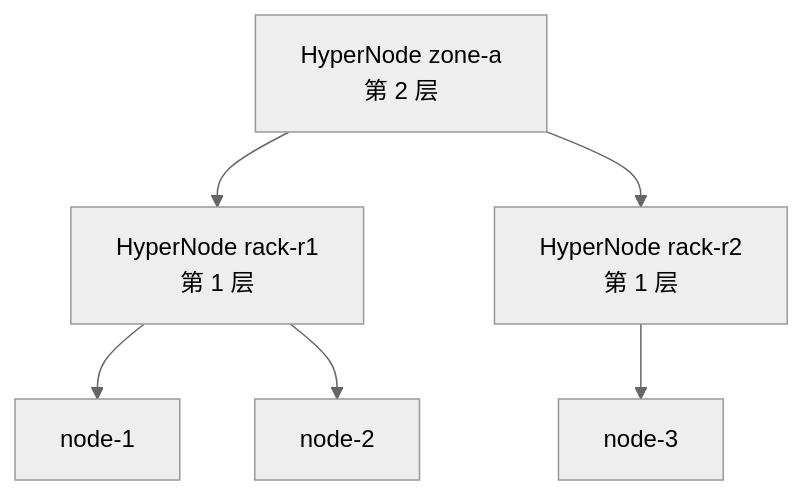
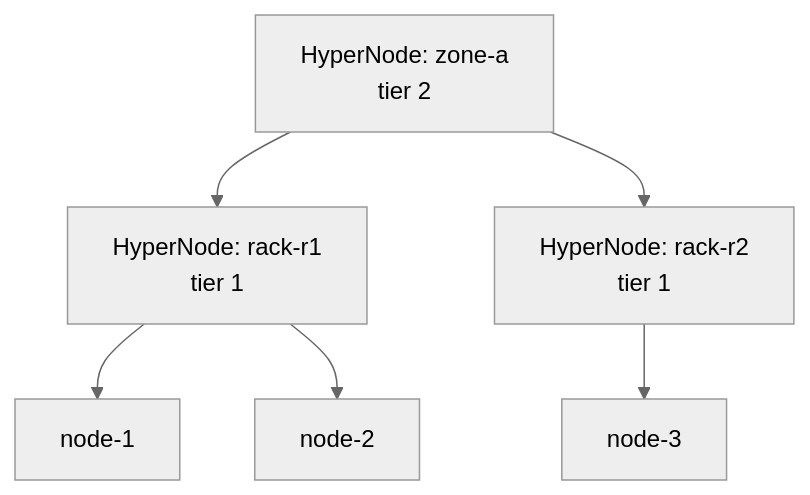
Before and after one commit to JesseStutler/volcano: the seventh of 11 diagrams in docs/research/k8s-workload-aware-scheduling-vs-volcano-cn.md, drawn with Mermaid (neutral theme). The commit also changed other lines of this file and 1 other file, not shown here.

````diff
--- a/docs/research/k8s-workload-aware-scheduling-vs-volcano-cn.md
+++ b/docs/research/k8s-workload-aware-scheduling-vs-volcano-cn.md
@@ -425,14 +346,14 @@
 ```mermaid
 flowchart TD
-    H2["HyperNode zone-a<br/>第 2 层"]
-    H11["HyperNode rack-r1<br/>第 1 层"]
-    H12["HyperNode rack-r2<br/>第 1 层"]
+    H2["HyperNode: zone-a<br/>tier 2"]
+    H11["HyperNode: rack-r1<br/>tier 1"]
+    H12["HyperNode: rack-r2<br/>tier 1"]
     VN1["node-1"]
     VN2["node-2"]
     VN3["node-3"]
     H2 --> H11
     H2 --> H12
     H11 --> VN1
     H11 --> VN2
     H12 --> VN3
 ```
````
